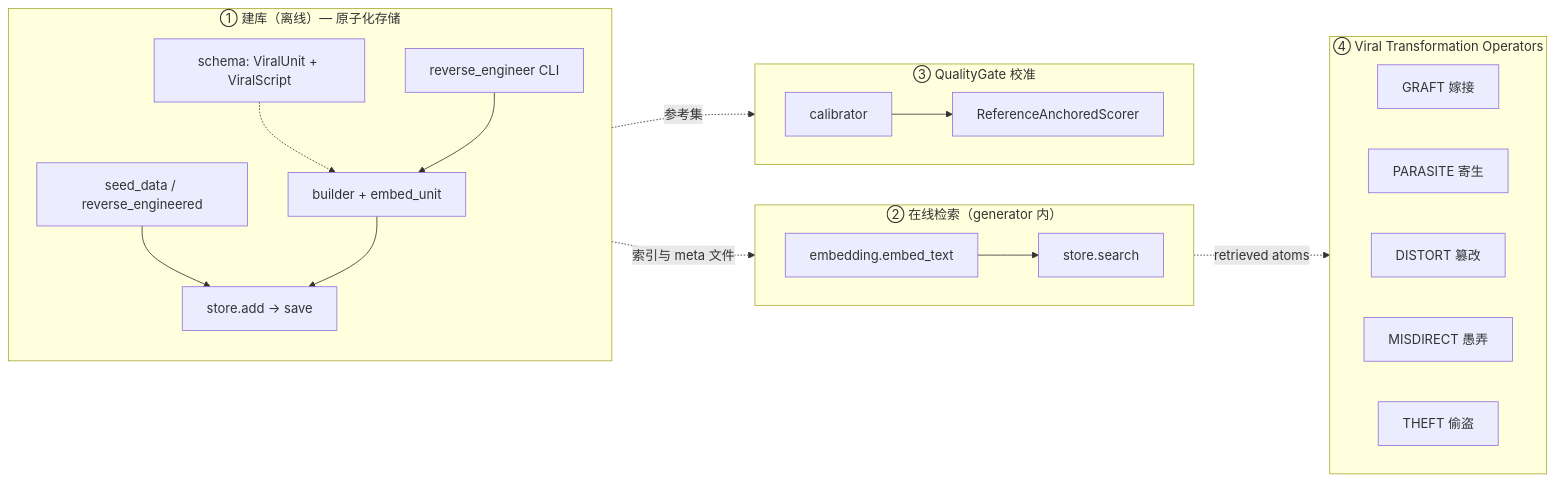
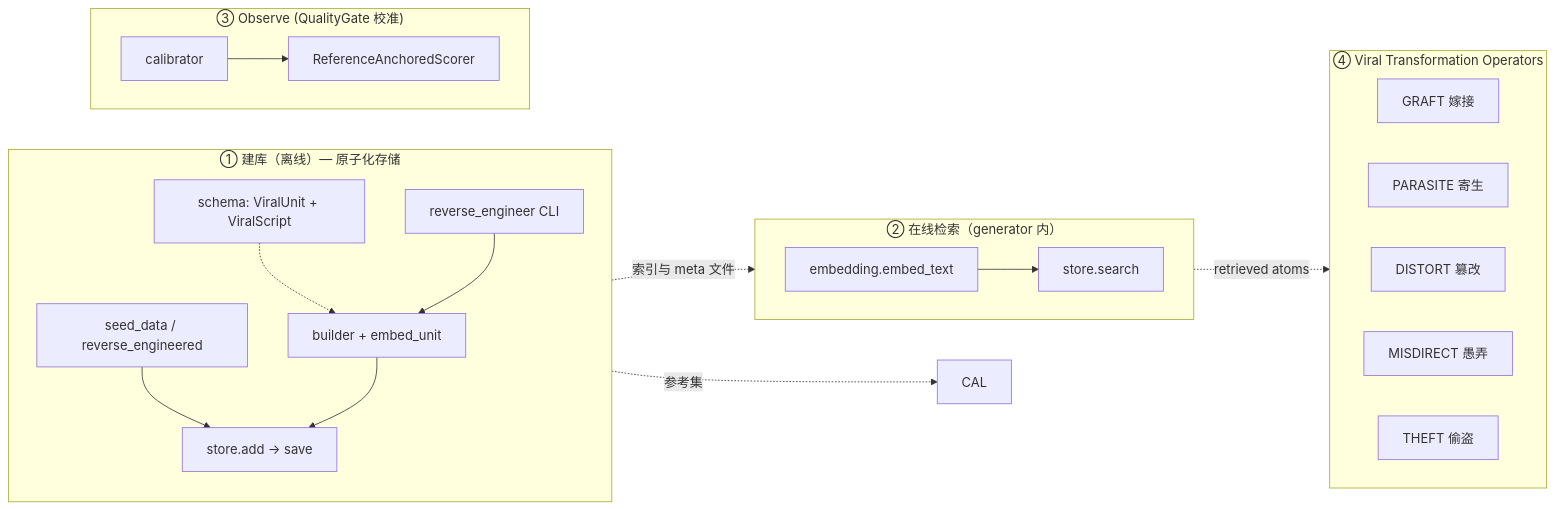
Before and after one commit to ArlesZhang/FlowBeast-Agent: the third of 3 diagrams in FlowBeast/README.md, drawn with Mermaid. The commit also changed other lines of this file and 47 other files, not shown here.

First line of the commit message:
refactor: reposition architecture around FP3 moat, extract observe/ layer, remove legacy code

````diff
--- a/FlowBeast/README.md
+++ b/FlowBeast/README.md
@@ -232,42 +232,42 @@
 ```mermaid
 flowchart LR
   subgraph WRITE["① 建库（离线）— 原子化存储"]
     direction TB
     SCH[schema: ViralUnit + ViralScript]
     BLD[builder + embed_unit]
     SEED[seed_data / reverse_engineered]
     REV[reverse_engineer CLI]
     STW[store.add → save]
     SCH -.-> BLD
     REV --> BLD
     SEED --> STW
     BLD --> STW
   end
 
   subgraph READ["② 在线检索（generator 内）"]
     direction LR
     EMB[embedding.embed_text]
     SRH[store.search]
     EMB --> SRH
   end
 
-  subgraph CAL["③ QualityGate 校准"]
+  subgraph OBSERVE["③ Observe (QualityGate 校准)"]
     direction LR
     CLB[calibrator]
     RAS[ReferenceAnchoredScorer]
     CLB --> RAS
   end
 
   subgraph VTO["④ Viral Transformation Operators"]
     direction LR
     GRAFT[GRAFT 嫁接]
     PARASITE[PARASITE 寄生]
     DISTORT[DISTORT 篡改]
     MISDIRECT[MISDIRECT 愚弄]
     THEFT[THEFT 偷盗]
   end
 
   WRITE -.->|索引与 meta 文件| READ
   WRITE -.->|参考集| CAL
   READ -.->|retrieved atoms| VTO
 ```
````
